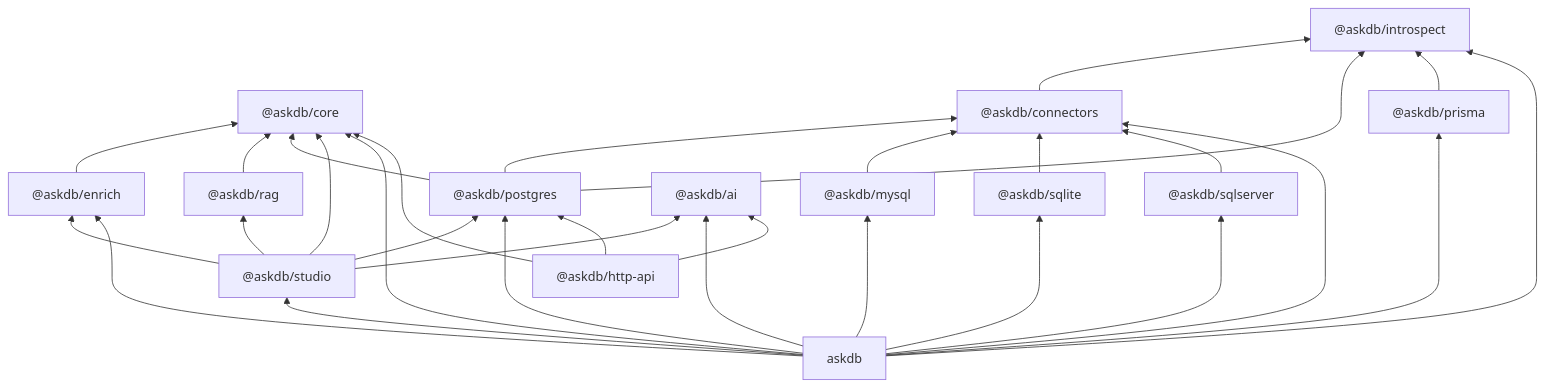
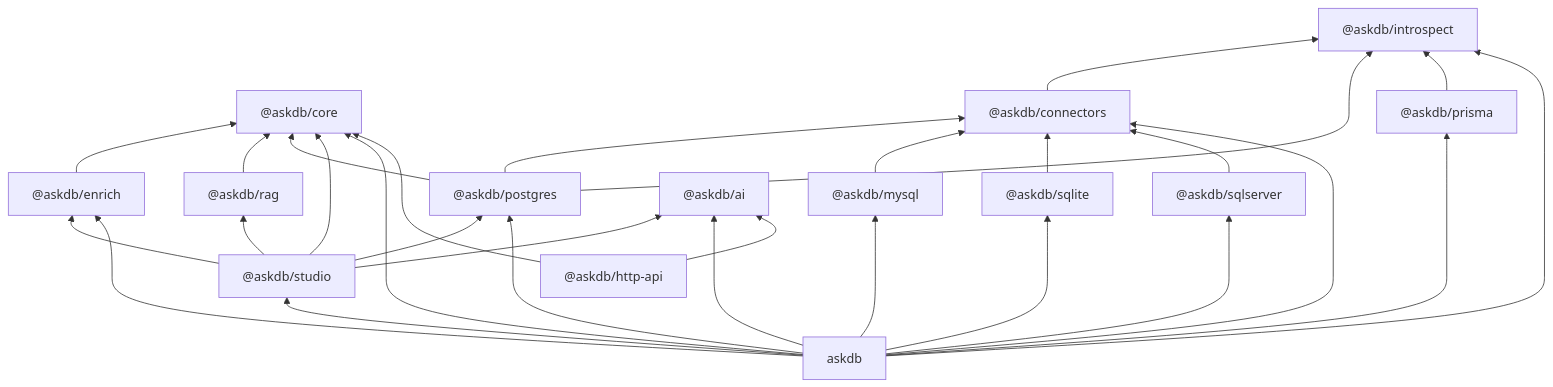
The third of 7 diagrams in docs/architecture.md (Ygilany/AskDB), drawn with Mermaid before and after one commit. The commit also changed other lines of this file and 52 other files, not shown here.

````diff
--- a/docs/architecture.md
+++ b/docs/architecture.md
@@ -122,47 +121,46 @@
 ```mermaid
 flowchart BT
   core["@askdb/core"]
   introspect["@askdb/introspect"]
   enrich["@askdb/enrich"]
   rag["@askdb/rag"]
   postgres["@askdb/postgres"]
   prisma["@askdb/prisma"]
   connectors["@askdb/connectors"]
   mysql["@askdb/mysql"]
   sqlite["@askdb/sqlite"]
   sqlserver["@askdb/sqlserver"]
   ai["@askdb/ai"]
   studio["@askdb/studio"]
   cli["askdb"]
   http["@askdb/http-api"]
 
   connectors --> introspect
   enrich --> core
   rag --> core
   postgres --> core
   postgres --> introspect
   postgres --> connectors
   prisma --> introspect
   mysql --> connectors
   sqlite --> connectors
   sqlserver --> connectors
   studio --> enrich
   studio --> core
   studio --> postgres
   studio --> rag
   studio --> ai
   cli --> core
   cli --> introspect
   cli --> postgres
   cli --> prisma
   cli --> connectors
   cli --> mysql
   cli --> sqlite
   cli --> sqlserver
   cli --> enrich
   cli --> studio
   cli --> ai
   http --> core
-  http --> postgres
   http --> ai
 ```
````
